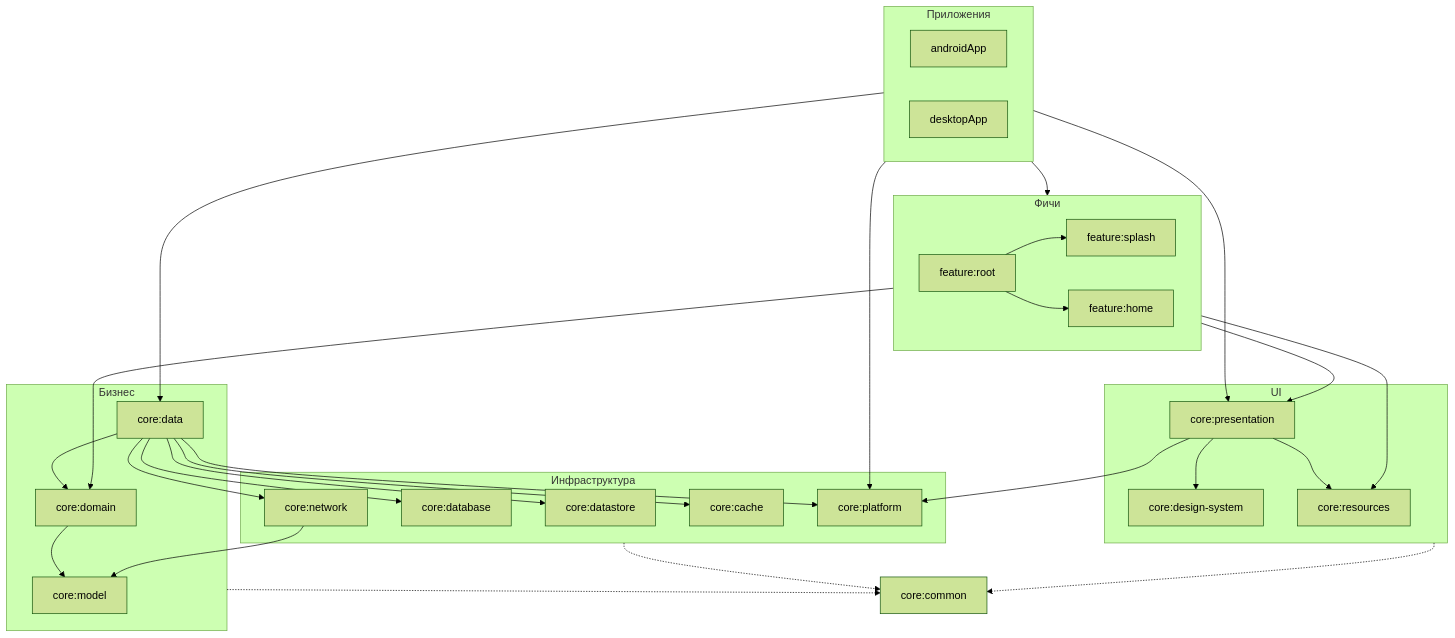
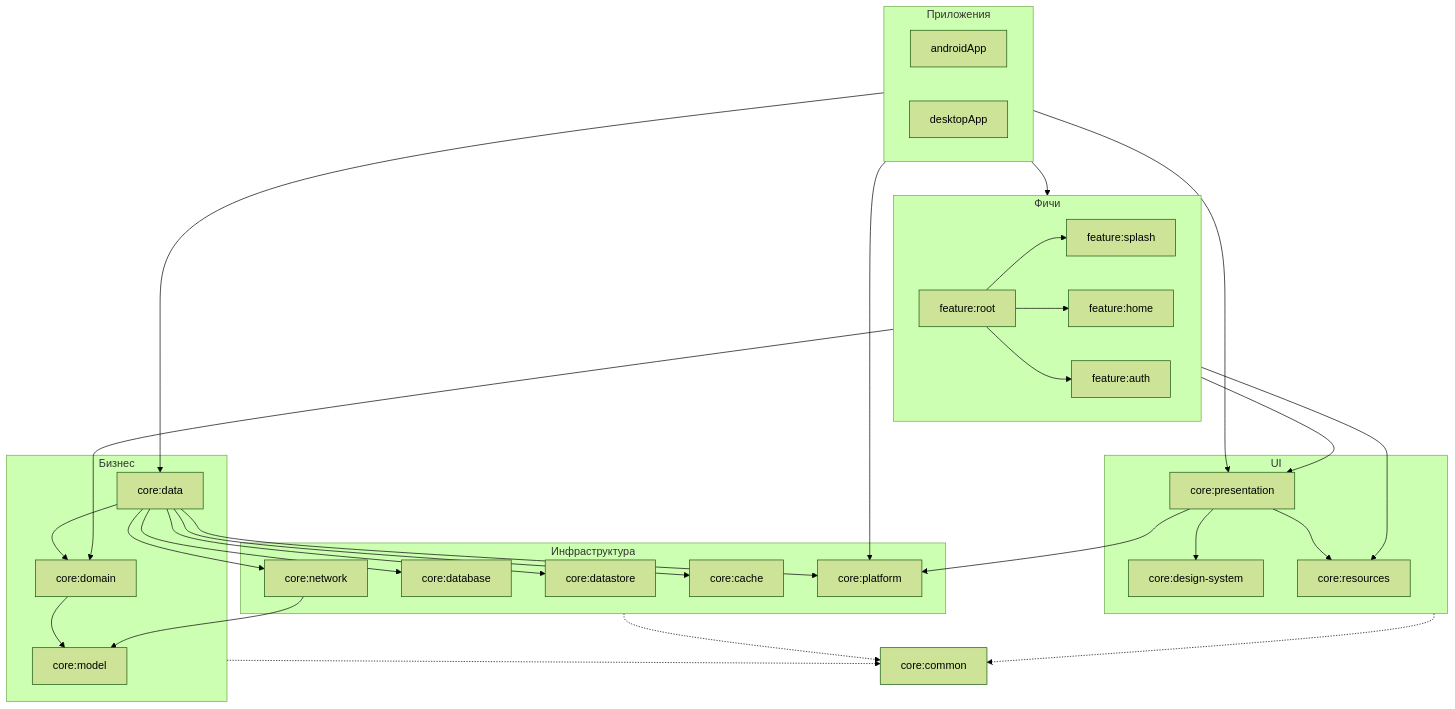
The diagram in docs/architecture/overview.md (KimoTeru/Wallify), drawn with Mermaid (forest theme) before and after one commit. The commit also changed other lines of this file and 46 other files, not shown here.

````diff
--- a/docs/architecture/overview.md
+++ b/docs/architecture/overview.md
@@ -31,59 +31,61 @@
 ```mermaid
 flowchart TB
     subgraph apps["Приложения"]
         androidApp
         desktopApp
     end
 
     subgraph features["Фичи"]
         root["feature:root"]
         splash["feature:splash"]
         home["feature:home"]
+        auth["feature:auth"]
     end
 
     subgraph ui["UI"]
         presentation["core:presentation"]
         designSystem["core:design-system"]
         resources["core:resources"]
     end
 
     subgraph business["Бизнес"]
         domain["core:domain"]
         data["core:data"]
         model["core:model"]
     end
 
     subgraph infra["Инфраструктура"]
         network["core:network"]
         database["core:database"]
         datastore["core:datastore"]
         cache["core:cache"]
         platform["core:platform"]
     end
 
     common["core:common"]
 
     apps --> features
     apps --> data
     apps --> platform
     apps --> presentation
     root --> splash
     root --> home
+    root --> auth
     features --> presentation
     features --> domain
     presentation --> designSystem
     presentation --> resources
     features --> resources
     presentation --> platform
     domain --> model
     data --> domain
     data --> network
     network --> model
     data --> database
     data --> datastore
     data --> cache
     data --> platform
     infra -.-> common
     business -.-> common
     ui -.-> common
 ```
````
